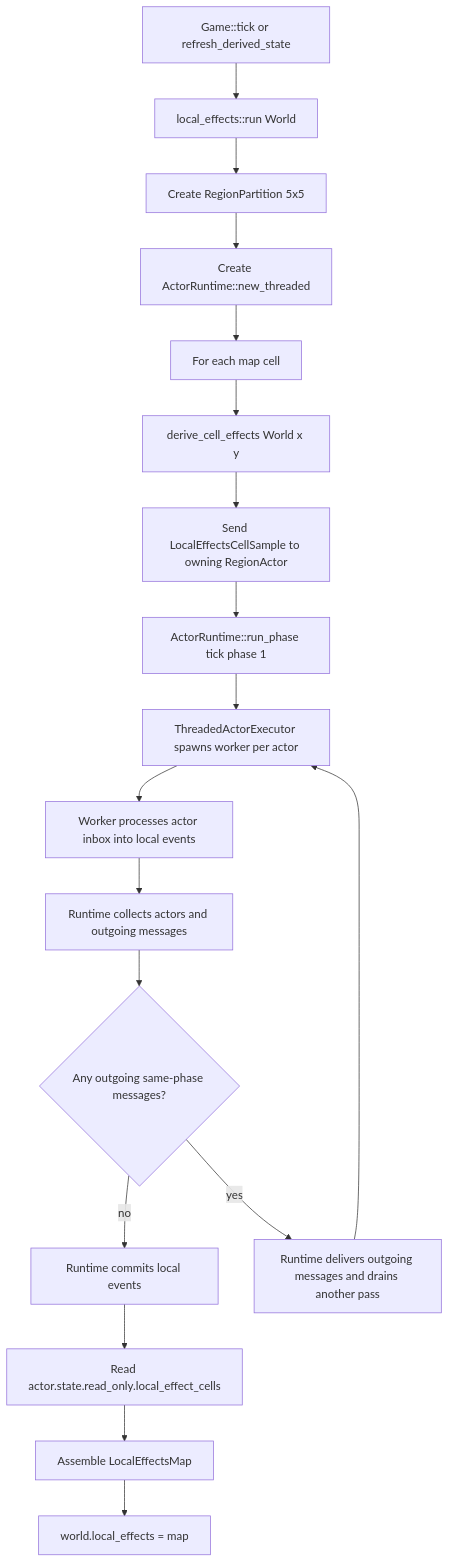
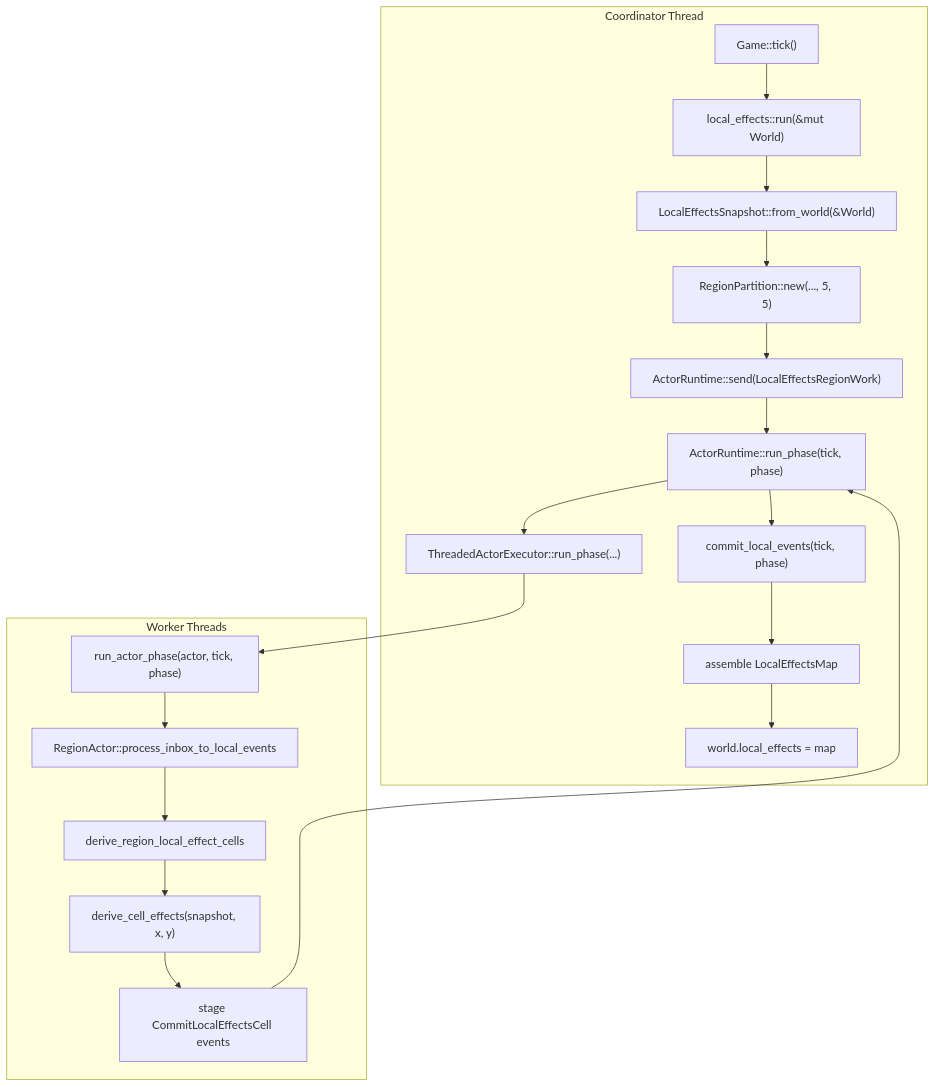
Before and after one commit to alfredoyang/small_city: the first of 5 diagrams in docs/local-effects-threading-model.md, drawn with Mermaid. The commit also changed other lines of this file and 3 other files, not shown here.

First line of the commit message:
• Implemented Mission: local-effects worker-side computation.

````diff
--- a/docs/local-effects-threading-model.md
+++ b/docs/local-effects-threading-model.md
@@ -75,20 +46,29 @@
 ```mermaid
-flowchart TD
-    A[Game::tick or refresh_derived_state] --> B[local_effects::run World]
-    B --> C[Create RegionPartition 5x5]
-    C --> D[Create ActorRuntime::new_threaded]
-    D --> E[For each map cell]
-    E --> F[derive_cell_effects World x y]
-    F --> G[Send LocalEffectsCellSample to owning RegionActor]
-    G --> H[ActorRuntime::run_phase tick phase 1]
-    H --> I[ThreadedActorExecutor spawns worker per actor]
-    I --> J[Worker processes actor inbox into local events]
-    J --> K[Runtime collects actors and outgoing messages]
-    K --> L{Any outgoing same-phase messages?}
-    L -- no --> M[Runtime commits local events]
-    L -- yes --> N[Runtime delivers outgoing messages and drains another pass]
-    N --> I
-    M --> O[Read actor.state.read_only.local_effect_cells]
-    O --> P[Assemble LocalEffectsMap]
-    P --> Q[world.local_effects = map]
+flowchart TB
+    subgraph C["Coordinator Thread"]
+        A["Game::tick()"]
+        B["local_effects::run(&mut World)"]
+        C1["LocalEffectsSnapshot::from_world(&World)"]
+        D["RegionPartition::new(..., 5, 5)"]
+        E["ActorRuntime::send(LocalEffectsRegionWork)"]
+        F["ActorRuntime::run_phase(tick, phase)"]
+        G["ThreadedActorExecutor::run_phase(...)"]
+        H["commit_local_events(tick, phase)"]
+        I["assemble LocalEffectsMap"]
+        J["world.local_effects = map"]
+    end
+
+    subgraph W["Worker Threads"]
+        K["run_actor_phase(actor, tick, phase)"]
+        L["RegionActor::process_inbox_to_local_events"]
+        M["derive_region_local_effect_cells"]
+        N["derive_cell_effects(snapshot, x, y)"]
+        O["stage CommitLocalEffectsCell events"]
+    end
+
+    A --> B --> C1 --> D --> E --> F --> G
+    G --> K
+    K --> L --> M --> N --> O
+    O --> F
+    F --> H --> I --> J
 ```
````
